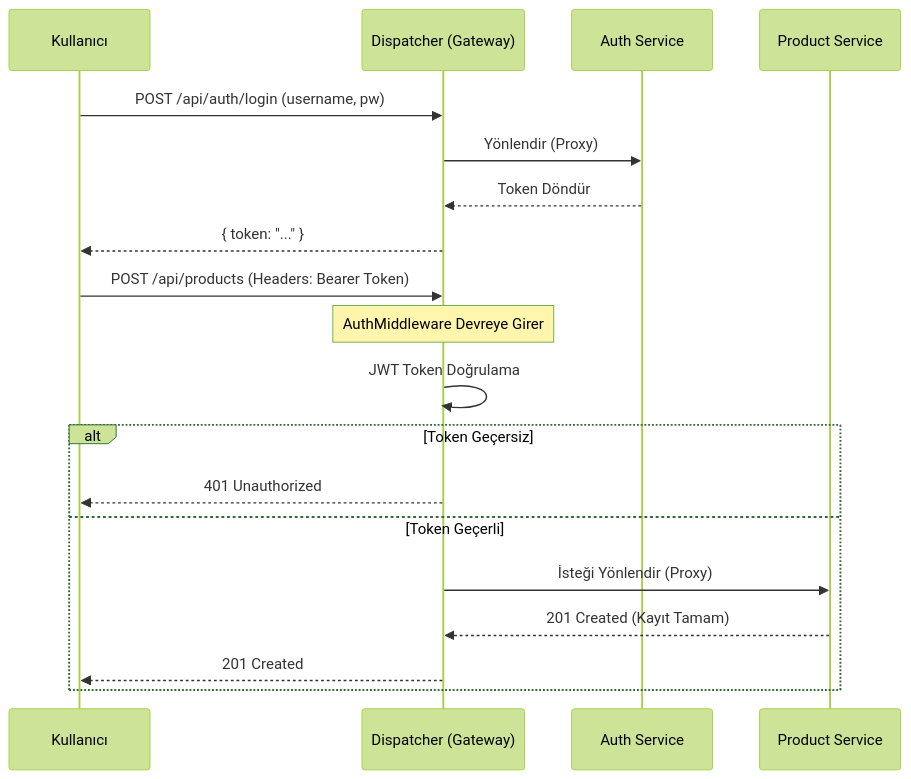
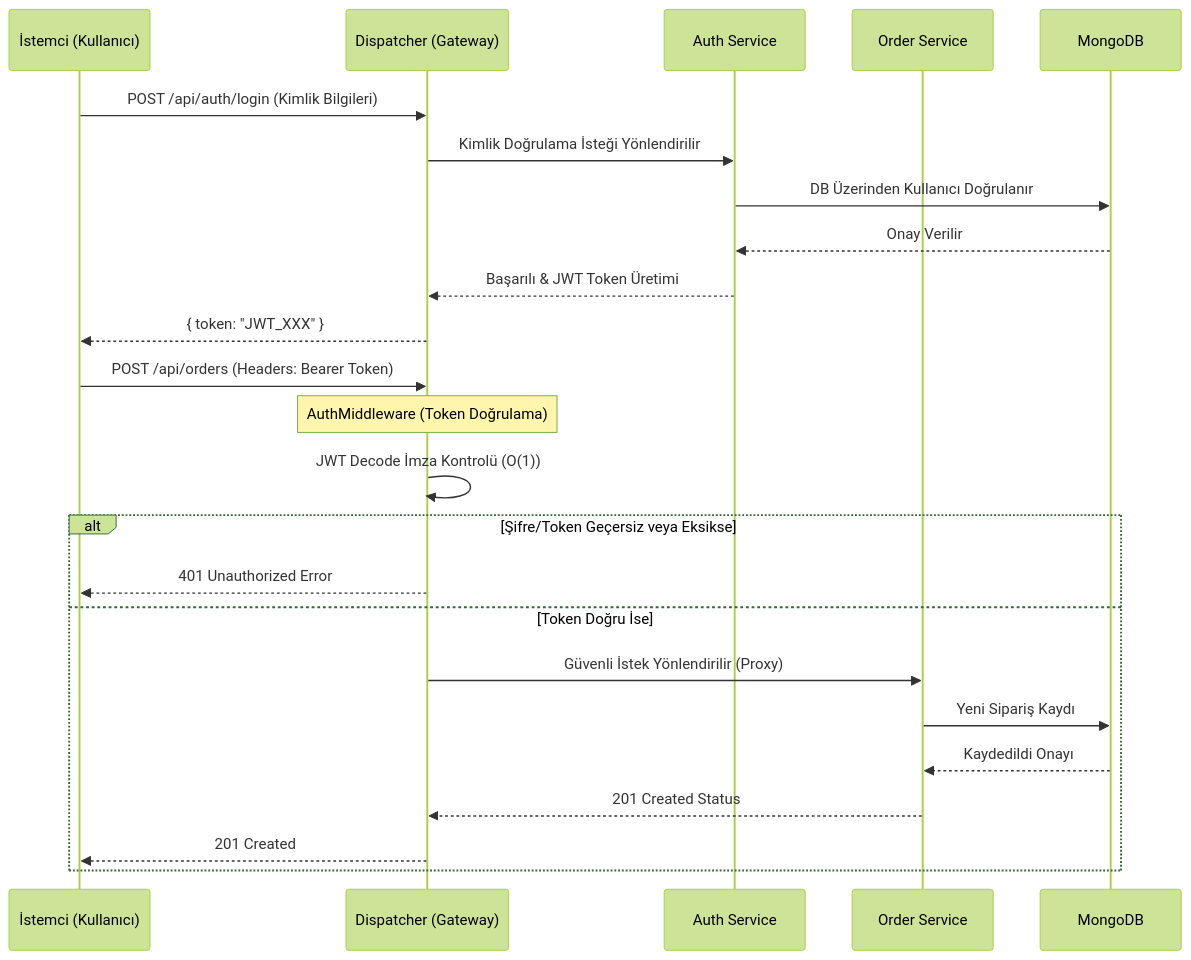
One commit to cildenizhan/Mikroservis changed the first of 4 diagrams in README.md. Above: the diagram before and after it, drawn with Mermaid (forest theme). The commit also changed other lines of this file and 2 other files, not shown here.

Commit message:
docs: proje değerlendirme dökümanı detaylandırıldı ve mimari diyagramlar (Mermaid) dahil edildi

````diff
--- a/README.md
+++ b/README.md
@@ -39,23 +32,28 @@
 ```mermaid
 sequenceDiagram
-    participant U as Kullanıcı
+    participant U as İstemci (Kullanıcı)
     participant D as Dispatcher (Gateway)
     participant A as Auth Service
-    participant P as Product Service
+    participant O as Order Service
+    participant DB as MongoDB
 
-    U->>D: POST /api/auth/login (username, pw)
-    D->>A: Yönlendir (Proxy)
-    A-->>D: Token Döndür
-    D-->>U: { token: "..." }
+    U->>D: POST /api/auth/login (Kimlik Bilgileri)
+    D->>A: Kimlik Doğrulama İsteği Yönlendirilir
+    A->>DB: DB Üzerinden Kullanıcı Doğrulanır
+    DB-->>A: Onay Verilir
+    A-->>D: Başarılı & JWT Token Üretimi
+    D-->>U: { token: "JWT_XXX" }
 
-    U->>D: POST /api/products (Headers: Bearer Token)
-    Note over D: AuthMiddleware Devreye Girer
-    D->>D: JWT Token Doğrulama
-    alt Token Geçersiz
-        D-->>U: 401 Unauthorized
-    else Token Geçerli
-        D->>P: İsteği Yönlendir (Proxy)
-        P-->>D: 201 Created (Kayıt Tamam)
+    U->>D: POST /api/orders (Headers: Bearer Token)
+    Note over D: AuthMiddleware (Token Doğrulama)
+    D->>D: JWT Decode İmza Kontrolü (O(1))
+    alt Şifre/Token Geçersiz veya Eksikse
+        D-->>U: 401 Unauthorized Error
+    else Token Doğru İse
+        D->>O: Güvenli İstek Yönlendirilir (Proxy)
+        O->>DB: Yeni Sipariş Kaydı
+        DB-->>O: Kaydedildi Onayı
+        O-->>D: 201 Created Status
         D-->>U: 201 Created
     end
 ```
````
